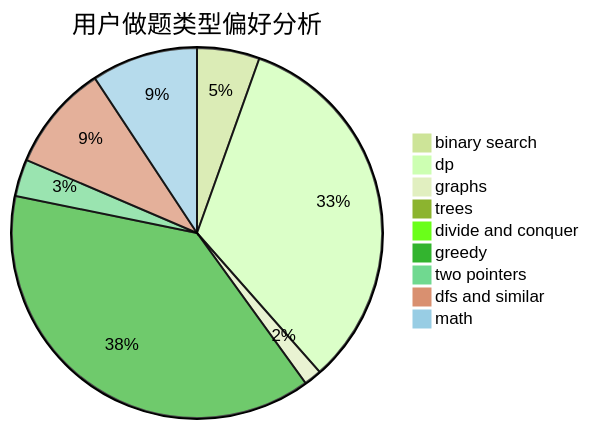
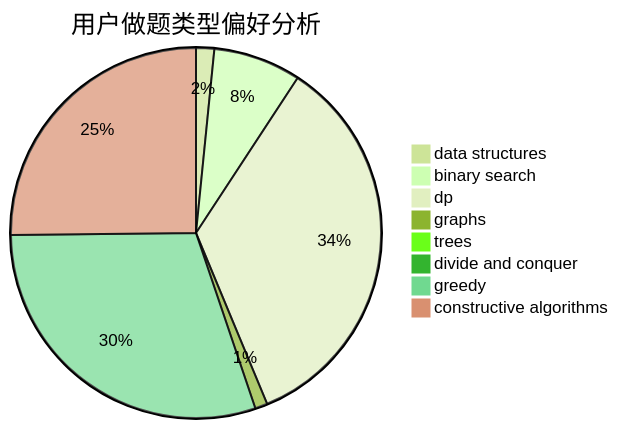
One commit to sherpahu/cfrs.github.io changed the second of 3 diagrams in docs/user/u1066.md. Above: the diagram before and after it, drawn with Mermaid (forest theme). The commit also changed other lines of this file and 2775 other files, not shown here.

````diff
--- a/docs/user/u1066.md
+++ b/docs/user/u1066.md
@@ -23,12 +23,11 @@
 ```mermaid
 pie title 用户做题类型偏好分析
-    "binary search" :  120
-    "dp" :  726
-    "graphs" :  34
-    "trees" :  11
+    "data structures" :  22
+    "binary search" :  106
+    "dp" :  478
+    "graphs" :  15
+    "trees" :  5
     "divide and conquer" :  8
-    "greedy" :  839
-    "two pointers" :  71
-    "dfs and similar" :  204
-    "math" :  204
+    "greedy" :  416
+    "constructive algorithms" :  349
 ```
````
